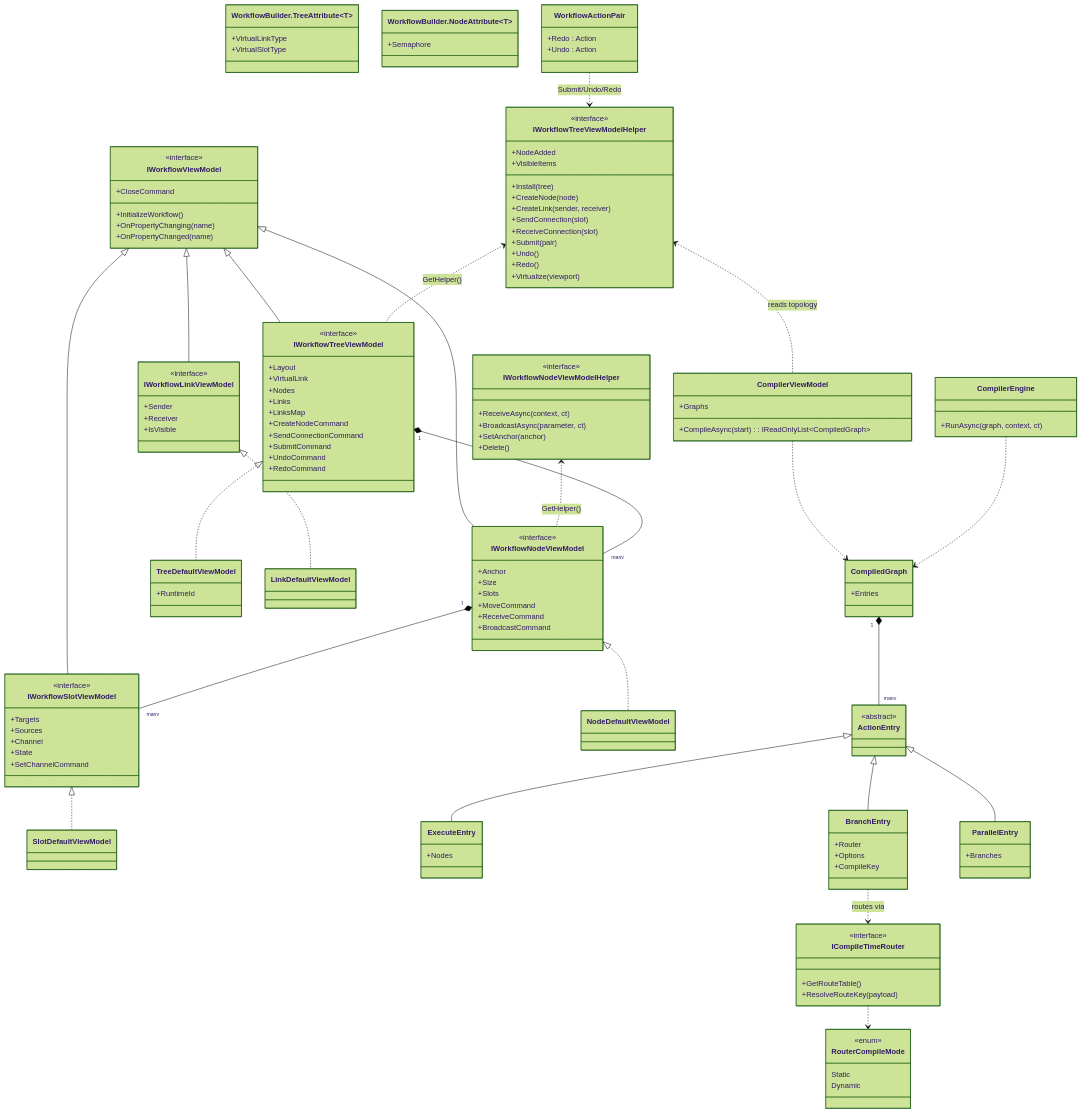
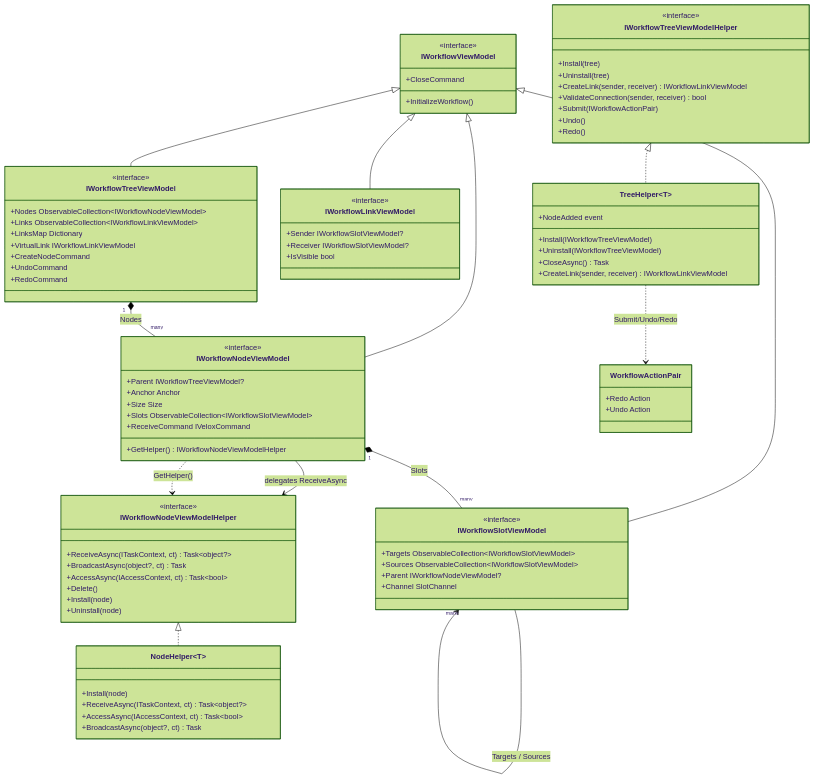
Before and after one commit to Axvser/VeloxDev.Docs: the second of 2 diagrams in src/CloudGlyph/Assets/Docs/content/en/3_SE_Analysis/02_design-patterns/00_workflow-system/00_class-diagram/index.md, drawn with Mermaid (forest theme). The commit also changed other lines of this file and 443 other files, not shown here.

````diff
--- a/src/CloudGlyph/Assets/Docs/content/en/3_SE_Analysis/02_design-patterns/00_workflow-system/00_class-diagram/index.md
+++ b/src/CloudGlyph/Assets/Docs/content/en/3_SE_Analysis/02_design-patterns/00_workflow-system/00_class-diagram/index.md
@@ -5,139 +185,87 @@
     class IWorkflowViewModel {
         <<interface>>
         +InitializeWorkflow()
-        +OnPropertyChanging(name)
-        +OnPropertyChanged(name)
         +CloseCommand
     }
     class IWorkflowTreeViewModel {
         <<interface>>
-        +Layout
-        +VirtualLink
-        +Nodes
-        +Links
-        +LinksMap
+        +Nodes ObservableCollection~IWorkflowNodeViewModel~
+        +Links ObservableCollection~IWorkflowLinkViewModel~
+        +LinksMap Dictionary
+        +VirtualLink IWorkflowLinkViewModel
         +CreateNodeCommand
-        +SendConnectionCommand
-        +SubmitCommand
         +UndoCommand
         +RedoCommand
     }
-    class IWorkflowTreeViewModelHelper {
-        <<interface>>
-        +NodeAdded
-        +VisibleItems
-        +Install(tree)
-        +CreateNode(node)
-        +CreateLink(sender, receiver)
-        +SendConnection(slot)
-        +ReceiveConnection(slot)
-        +Submit(pair)
-        +Undo()
-        +Redo()
-        +Virtualize(viewport)
-    }
     class IWorkflowNodeViewModel {
         <<interface>>
-        +Anchor
-        +Size
-        +Slots
-        +MoveCommand
-        +ReceiveCommand
-        +BroadcastCommand
+        +Parent IWorkflowTreeViewModel?
+        +Anchor Anchor
+        +Size Size
+        +Slots ObservableCollection~IWorkflowSlotViewModel~
+        +ReceiveCommand IVeloxCommand
+        +GetHelper() IWorkflowNodeViewModelHelper
+    }
+    class IWorkflowSlotViewModel {
+        <<interface>>
+        +Targets ObservableCollection~IWorkflowSlotViewModel~
+        +Sources ObservableCollection~IWorkflowSlotViewModel~
+        +Parent IWorkflowNodeViewModel?
+        +Channel SlotChannel
+    }
+    class IWorkflowLinkViewModel {
+        <<interface>>
+        +Sender IWorkflowSlotViewModel?
+        +Receiver IWorkflowSlotViewModel?
+        +IsVisible bool
     }
     class IWorkflowNodeViewModelHelper {
         <<interface>>
-        +ReceiveAsync(context, ct)
-        +BroadcastAsync(parameter, ct)
-        +SetAnchor(anchor)
+        +ReceiveAsync(ITaskContext, ct) Task~object?~
+        +BroadcastAsync(object?, ct) Task
+        +AccessAsync(IAccessContext, ct) Task~bool~
         +Delete()
+        +Install(node)
+        +Uninstall(node)
     }
-    class IWorkflowSlotViewModel {
+    class IWorkflowTreeViewModelHelper {
         <<interface>>
-        +Targets
-        +Sources
-        +Channel
-        +State
-        +SetChannelCommand
+        +Install(tree)
+        +Uninstall(tree)
+        +CreateLink(sender, receiver) IWorkflowLinkViewModel
+        +ValidateConnection(sender, receiver) bool
+        +Submit(IWorkflowActionPair)
+        +Undo()
+        +Redo()
     }
-    class IWorkflowLinkViewModel {
-        <<interface>>
-        +Sender
-        +Receiver
-        +IsVisible
+    class TreeHelper~T~ {
+        +Install(IWorkflowTreeViewModel)
+        +Uninstall(IWorkflowTreeViewModel)
+        +CloseAsync() Task
+        +CreateLink(sender, receiver) IWorkflowLinkViewModel
+        +NodeAdded event
     }
-    class TreeDefaultViewModel {
-        +RuntimeId
-    }
-    class NodeDefaultViewModel
-    class SlotDefaultViewModel
-    class LinkDefaultViewModel
-    class `WorkflowBuilder.TreeAttribute~T~` {
-        +VirtualLinkType
-        +VirtualSlotType
-    }
-    class `WorkflowBuilder.NodeAttribute~T~` {
-        +Semaphore
+    class NodeHelper~T~ {
+        +Install(node)
+        +ReceiveAsync(ITaskContext, ct) Task~object?~
+        +AccessAsync(IAccessContext, ct) Task~bool~
+        +BroadcastAsync(object?, ct) Task
     }
     class WorkflowActionPair {
-        +Redo : Action
-        +Undo : Action
-    }
-    class CompilerViewModel {
-        +CompileAsync(start) : IReadOnlyList~CompiledGraph~
-        +Graphs
-    }
-    class CompiledGraph {
-        +Entries
-    }
-    class CompilerEngine {
-        +RunAsync(graph, context, ct)
-    }
-    class ActionEntry {
-        <<abstract>>
-    }
-    class ExecuteEntry {
-        +Nodes
-    }
-    class BranchEntry {
-        +Router
-        +Options
-        +CompileKey
-    }
-    class ParallelEntry {
-        +Branches
-    }
-    class ICompileTimeRouter {
-        <<interface>>
-        +GetRouteTable()
-        +ResolveRouteKey(payload)
-    }
-    class RouterCompileMode {
-        <<enum>>
-        Static
-        Dynamic
+        +Redo Action
+        +Undo Action
     }
 
     IWorkflowViewModel <|-- IWorkflowTreeViewModel
     IWorkflowViewModel <|-- IWorkflowNodeViewModel
     IWorkflowViewModel <|-- IWorkflowSlotViewModel
     IWorkflowViewModel <|-- IWorkflowLinkViewModel
-    IWorkflowTreeViewModel <|.. TreeDefaultViewModel
-    IWorkflowNodeViewModel <|.. NodeDefaultViewModel
-    IWorkflowSlotViewModel <|.. SlotDefaultViewModel
-    IWorkflowLinkViewModel <|.. LinkDefaultViewModel
-    IWorkflowTreeViewModelHelper <.. IWorkflowTreeViewModel : GetHelper()
+    IWorkflowTreeViewModel "1" *-- "many" IWorkflowNodeViewModel : Nodes
+    IWorkflowNodeViewModel "1" *-- "many" IWorkflowSlotViewModel : Slots
+    IWorkflowSlotViewModel --> "many" IWorkflowSlotViewModel : Targets / Sources
     IWorkflowNodeViewModelHelper <.. IWorkflowNodeViewModel : GetHelper()
-    IWorkflowTreeViewModel "1" *-- "many" IWorkflowNodeViewModel
-    IWorkflowNodeViewModel "1" *-- "many" IWorkflowSlotViewModel
-    IWorkflowTreeViewModelHelper <.. CompilerViewModel : reads topology
-    CompilerViewModel ..> CompiledGraph
-    CompiledGraph "1" *-- "many" ActionEntry
-    ActionEntry <|-- ExecuteEntry
-    ActionEntry <|-- BranchEntry
-    ActionEntry <|-- ParallelEntry
-    BranchEntry ..> ICompileTimeRouter : routes via
-    ICompileTimeRouter ..> RouterCompileMode
-    CompilerEngine ..> CompiledGraph
-    WorkflowActionPair ..> IWorkflowTreeViewModelHelper : Submit/Undo/Redo
+    IWorkflowNodeViewModelHelper <|.. NodeHelper~T~
+    IWorkflowTreeViewModelHelper <|.. TreeHelper~T~
+    IWorkflowNodeViewModel --> IWorkflowNodeViewModelHelper : delegates ReceiveAsync
+    TreeHelper~T~ ..> WorkflowActionPair : Submit/Undo/Redo
 ```
````
